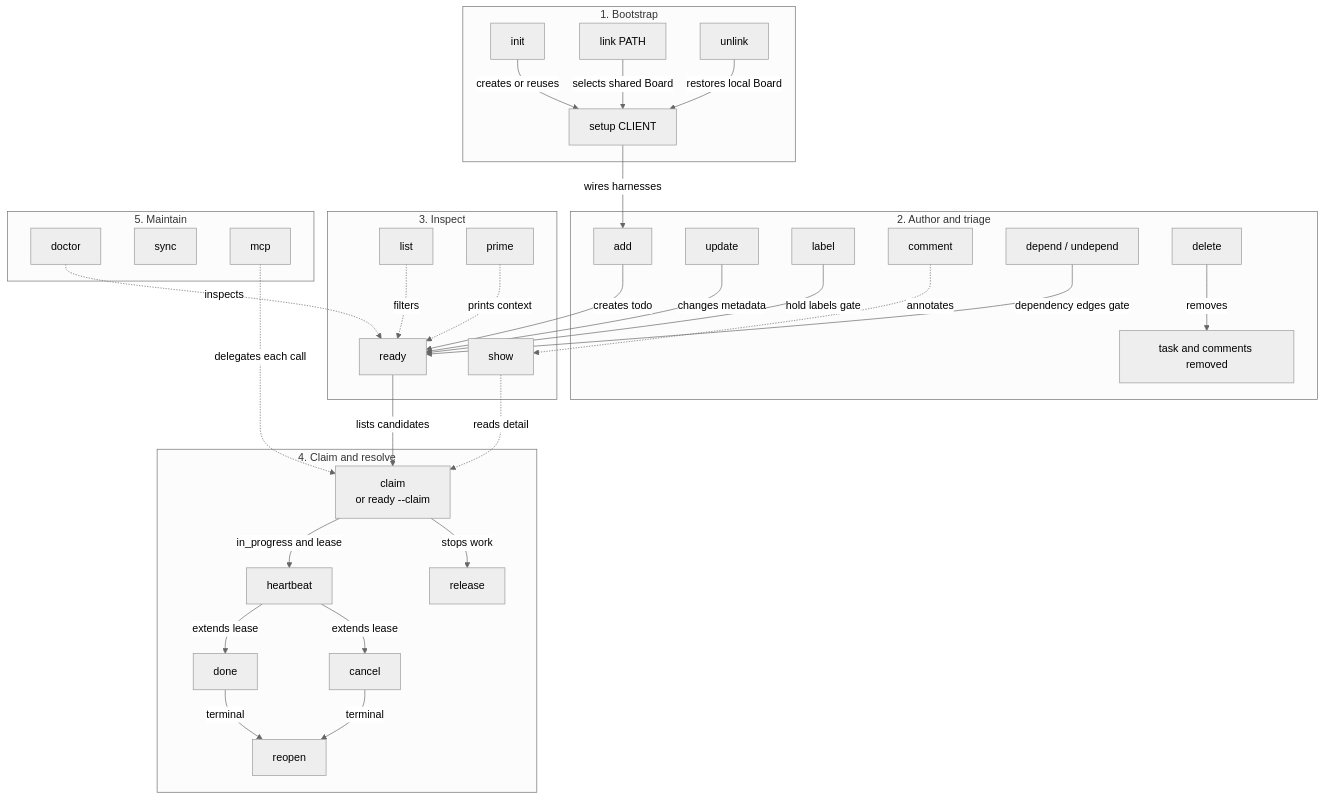
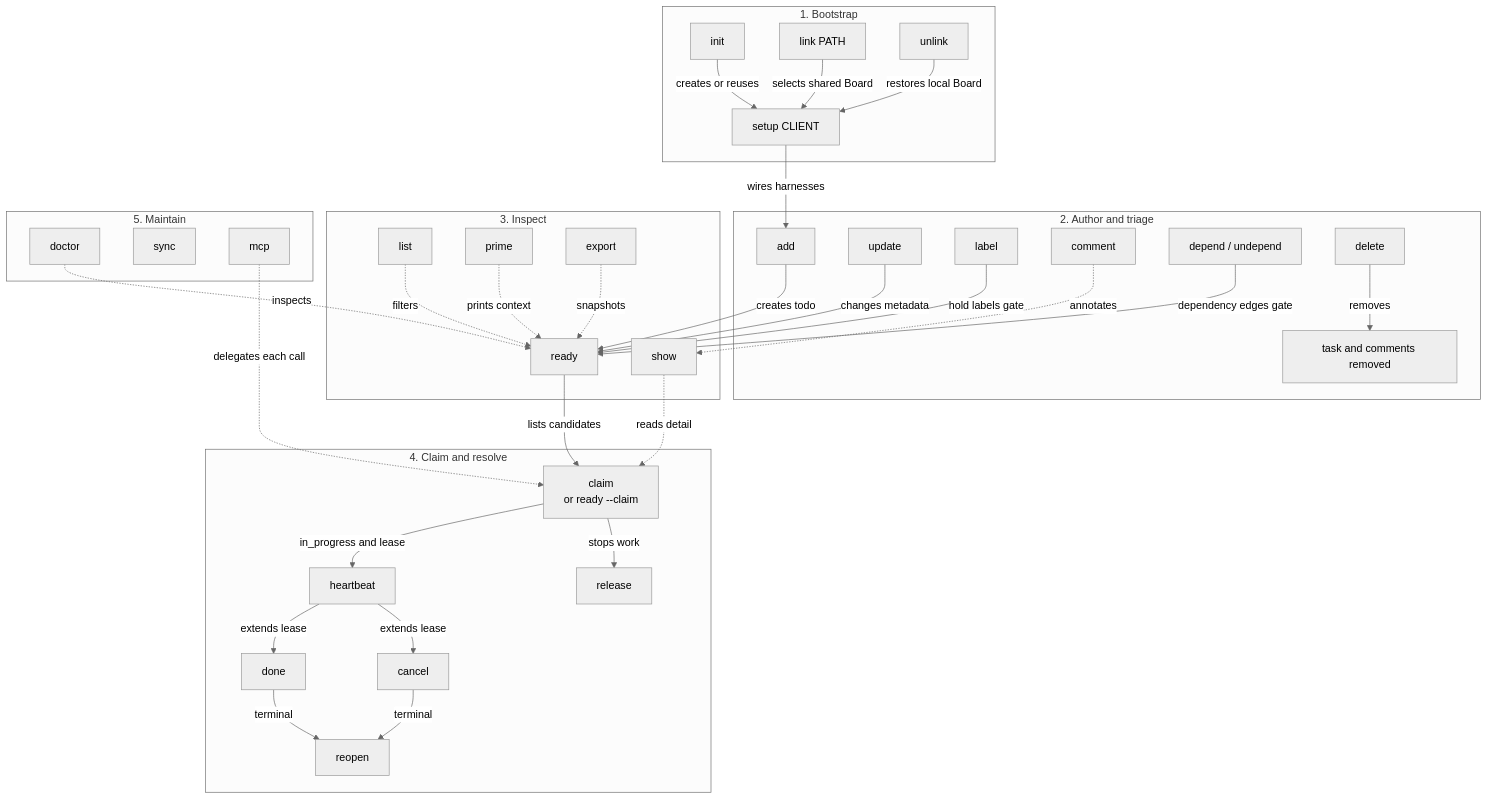
One commit to rcmendes/orbit changed the sixth of 12 diagrams in docs/ARCHITECTURE.md. Above: the diagram before and after it, drawn with Mermaid (neutral theme). The commit also changed other lines of this file and 25 other files, not shown here.

````diff
--- a/docs/ARCHITECTURE.md
+++ b/docs/ARCHITECTURE.md
@@ -336,64 +344,66 @@
 ```mermaid
 flowchart TB
     subgraph Bootstrap["1. Bootstrap"]
         INIT["init"]
         LINK["link PATH"]
         UNLINK["unlink"]
         SETUP["setup CLIENT"]
     end
 
     subgraph Author["2. Author and triage"]
         ADD["add"]
         UPDATE["update"]
         LABEL["label"]
         COMMENT["comment"]
         DEPEND["depend / undepend"]
         DELETE["delete"]
         DELETED["task and comments removed"]
     end
 
     subgraph Inspect["3. Inspect"]
         LIST["list"]
         SHOW["show"]
         READY["ready"]
         PRIME["prime"]
+        EXPORT["export"]
     end
 
     subgraph Execute["4. Claim and resolve"]
         CLAIM["claim<br/>or ready --claim"]
         HEART["heartbeat"]
         RELEASE["release"]
         DONE["done"]
         CANCEL["cancel"]
         REOPEN["reopen"]
     end
 
     subgraph Maintain["5. Maintain"]
         DOCTOR["doctor"]
         SYNC["sync"]
         MCP["mcp"]
     end
 
     INIT -->|creates or reuses| SETUP
     LINK -->|selects shared Board| SETUP
     UNLINK -->|restores local Board| SETUP
     SETUP -->|wires harnesses| ADD
     ADD -->|creates todo| READY
     UPDATE -->|changes metadata| READY
     LABEL -->|hold labels gate| READY
     DEPEND -->|dependency edges gate| READY
     DELETE -->|removes| DELETED
     LIST -.->|filters| READY
     SHOW -.->|reads detail| CLAIM
     COMMENT -.->|annotates| SHOW
     PRIME -.->|prints context| READY
+    EXPORT -.->|snapshots| READY
     READY -->|lists candidates| CLAIM
     CLAIM -->|in_progress and lease| HEART
     HEART -->|extends lease| DONE
     HEART -->|extends lease| CANCEL
     CLAIM -->|stops work| RELEASE
     DONE -->|terminal| REOPEN
     CANCEL -->|terminal| REOPEN
     DOCTOR -.->|inspects| READY
     MCP -.->|delegates each call| CLAIM
 ```
````
